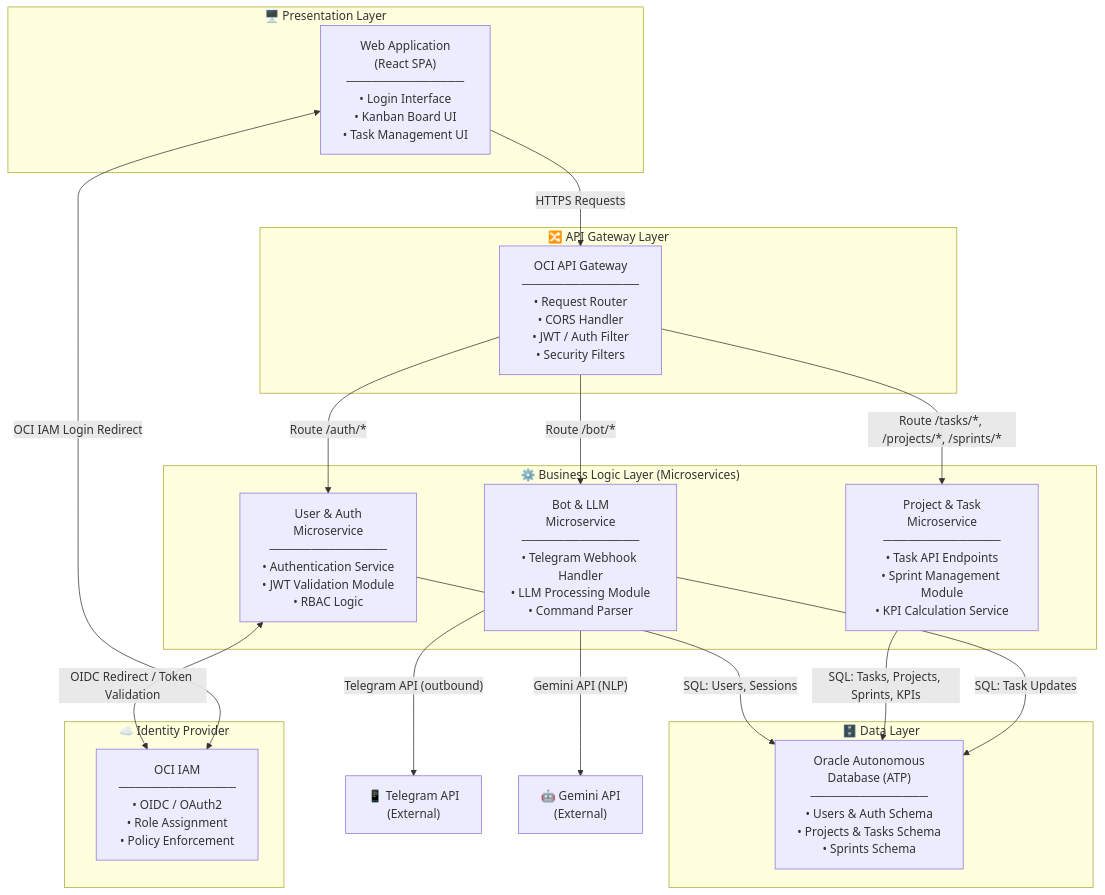
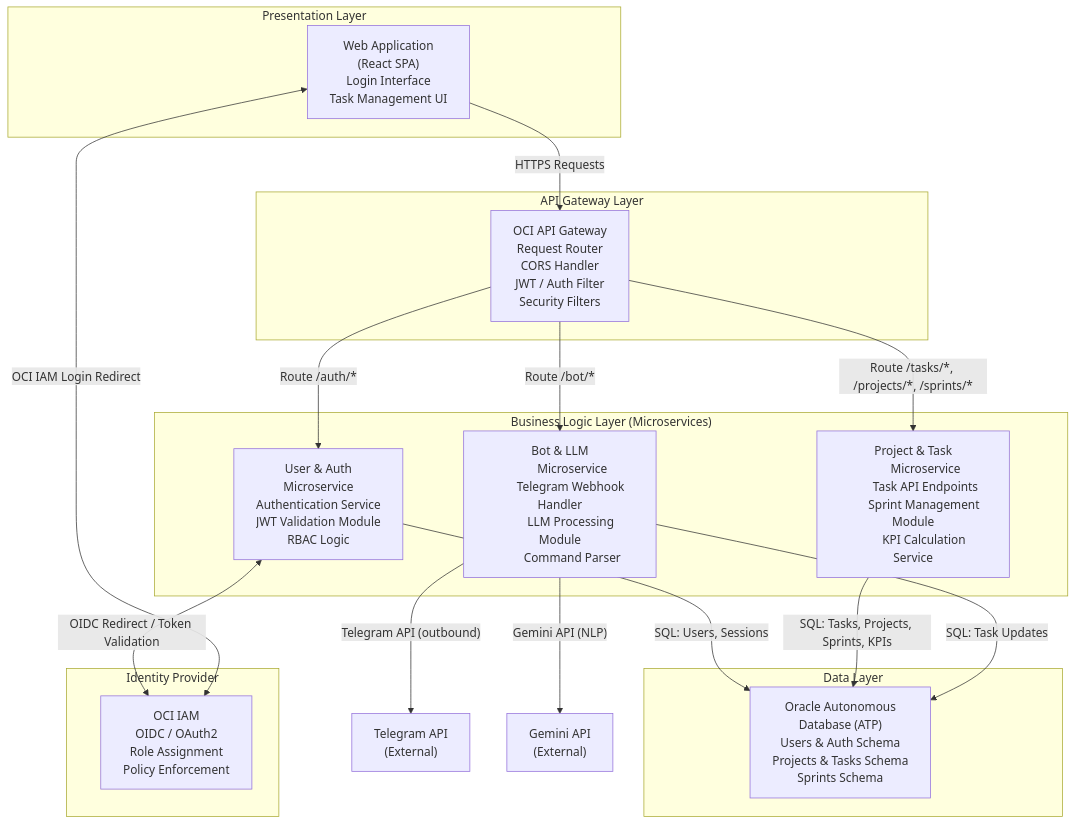
The second of 3 diagrams in act.md (AnaPau17/M5pacoooo), drawn with Mermaid before and after one commit. The commit also changed other lines of this file, not shown here.

Commit message:
diagramas

````diff
--- a/act.md
+++ b/act.md
@@ -124,41 +124,69 @@
 ```mermaid
 graph TD
-    subgraph PRESENTATION["🖥️ Presentation Layer"]
-        WEB["Web Application\n(React SPA)\n──────────────\n• Login Interface\n• Kanban Board UI\n• Task Management UI"]
+    subgraph PRESENTATION["Presentation Layer"]
+        WEB["Web Application
+        (React SPA) 
+        Login Interface 
+        Task Management UI"]
     end
 
-    subgraph GATEWAY["🔀 API Gateway Layer"]
-        GW["OCI API Gateway\n──────────────\n• Request Router\n• CORS Handler\n• JWT / Auth Filter\n• Security Filters"]
+    subgraph GATEWAY["API Gateway Layer"]
+        GW["OCI API Gateway
+        Request Router
+        CORS Handler
+        JWT / Auth Filter
+        Security Filters"]
     end
 
-    subgraph BUSINESS["⚙️ Business Logic Layer (Microservices)"]
-        AUTH["User & Auth\nMicroservice\n──────────────\n• Authentication Service\n• JWT Validation Module\n• RBAC Logic"]
+    subgraph BUSINESS["Business Logic Layer (Microservices)"]
+        AUTH["User & Auth
+        Microservice
+        Authentication Service
+        JWT Validation Module
+        RBAC Logic"]
 
-        TASK["Project & Task\nMicroservice\n──────────────\n• Task API Endpoints\n• Sprint Management Module\n• KPI Calculation Service"]
+        TASK["Project & Task
+        Microservice
+        Task API Endpoints
+        Sprint Management Module
+        KPI Calculation Service"]
 
-        BOT["Bot & LLM\nMicroservice\n──────────────\n• Telegram Webhook Handler\n• LLM Processing Module\n• Command Parser"]
+        BOT["Bot & LLM
+        Microservice
+        Telegram Webhook Handler
+        LLM Processing Module
+        Command Parser"]
     end
 
-    subgraph DATA["🗄️ Data Layer"]
-        DB["Oracle Autonomous\nDatabase (ATP)\n──────────────\n• Users & Auth Schema\n• Projects & Tasks Schema\n• Sprints Schema"]
+    subgraph DATA["Data Layer"]
+        DB["Oracle Autonomous
+        Database (ATP)
+        Users & Auth Schema
+        Projects & Tasks Schema
+        Sprints Schema"]
     end
 
-    subgraph IDENTITY["☁️ Identity Provider"]
-        IAM["OCI IAM\n──────────────\n• OIDC / OAuth2\n• Role Assignment\n• Policy Enforcement"]
+    subgraph IDENTITY["Identity Provider"]
+        IAM["OCI IAM
+        OIDC / OAuth2
+        Role Assignment
+        Policy Enforcement"]
     end
 
     WEB -->|"HTTPS Requests"| GW
     GW -->|"Route /auth/*"| AUTH
     GW -->|"Route /tasks/*, /projects/*, /sprints/*"| TASK
     GW -->|"Route /bot/*"| BOT
 
     AUTH -->|"SQL: Users, Sessions"| DB
     TASK -->|"SQL: Tasks, Projects, Sprints, KPIs"| DB
     BOT -->|"SQL: Task Updates"| DB
 
     AUTH <-->|"OIDC Redirect / Token Validation"| IAM
     WEB <-->|"OCI IAM Login Redirect"| IAM
 
-    BOT -->|"Telegram API (outbound)"| TELE["📱 Telegram API\n(External)"]
-    BOT -->|"Gemini API (NLP)"| GEMINI["🤖 Gemini API\n(External)"]
+    BOT -->|"Telegram API (outbound)"| TELE["Telegram API
+    (External)"]
+    BOT -->|"Gemini API (NLP)"| GEMINI["Gemini API
+    (External)"]
 ```
````
